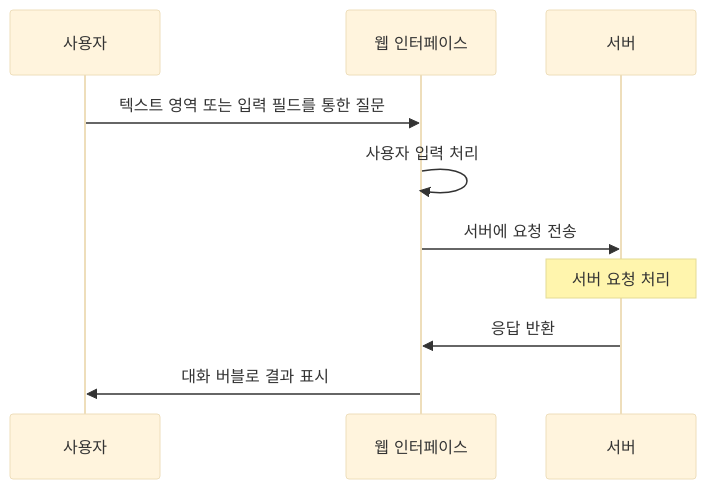
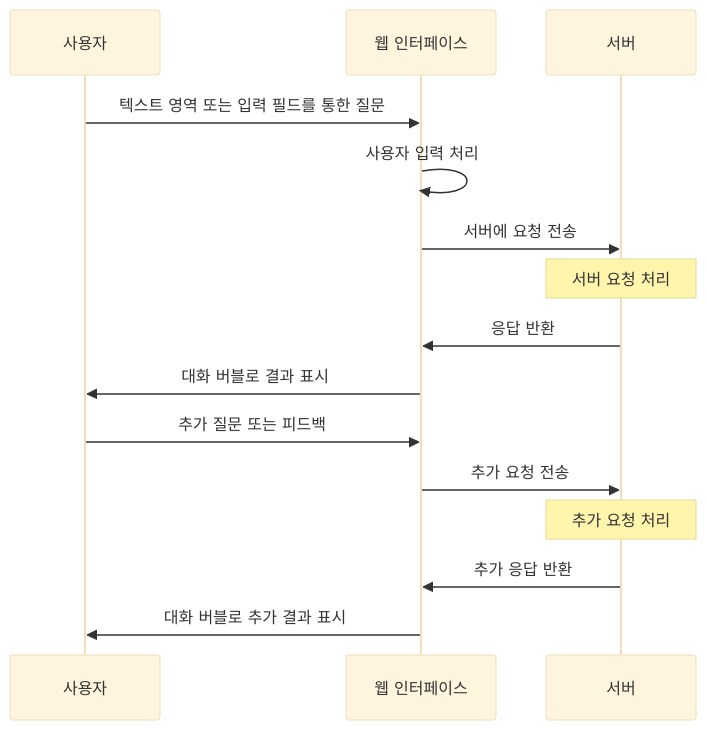
The first of 2 diagrams in README.md (daisybum/orm-project1), drawn with Mermaid (base theme) before and after one commit. The commit also changed other lines of this file, not shown here.

````diff
--- a/README.md
+++ b/README.md
@@ -34,13 +34,18 @@
 ```mermaid
 sequenceDiagram
     participant U as 사용자
     participant W as 웹 인터페이스
     participant S as 서버
 
     U->>W: 텍스트 영역 또는 입력 필드를 통한 질문
     W->>W: 사용자 입력 처리
     W->>S: 서버에 요청 전송
     Note over S: 서버 요청 처리
     S->>W: 응답 반환
     W->>U: 대화 버블로 결과 표시
+    U->>W: 추가 질문 또는 피드백
+    W->>S: 추가 요청 전송
+    Note over S: 추가 요청 처리
+    S->>W: 추가 응답 반환
+    W->>U: 대화 버블로 추가 결과 표시
 ```
````
